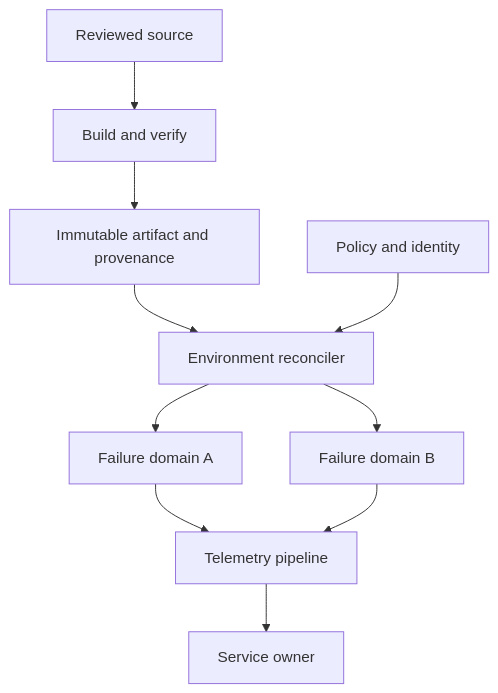
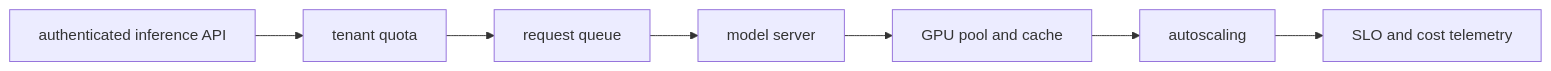
The diagram in docs/study/ai-platform/06-production-ai-platform-scenario.md (m1mohamad/devops-sre-prep), drawn with Mermaid before and after one commit. The commit also changed other lines of this file and 61 other files, not shown here.

Commit message:
Replace generic architecture and study templates

````diff
--- a/docs/study/ai-platform/06-production-ai-platform-scenario.md
+++ b/docs/study/ai-platform/06-production-ai-platform-scenario.md
@@ -54,12 +15,4 @@
 ```mermaid
-flowchart TB
-  Git[Reviewed source] --> CI[Build and verify]
-  CI --> Artifact[Immutable artifact and provenance]
-  Artifact --> Reconciler[Environment reconciler]
-  Policy[Policy and identity] --> Reconciler
-  Reconciler --> AZ1[Failure domain A]
-  Reconciler --> AZ2[Failure domain B]
-  AZ1 --> Telemetry[Telemetry pipeline]
-  AZ2 --> Telemetry
-  Telemetry --> Oncall[Service owner]
+flowchart LR
+  N0[authenticated inference API] --> N1[tenant quota] --> N2[request queue] --> N3[model server] --> N4[GPU pool and cache] --> N5[autoscaling] --> N6[SLO and cost telemetry]
 ```
````
